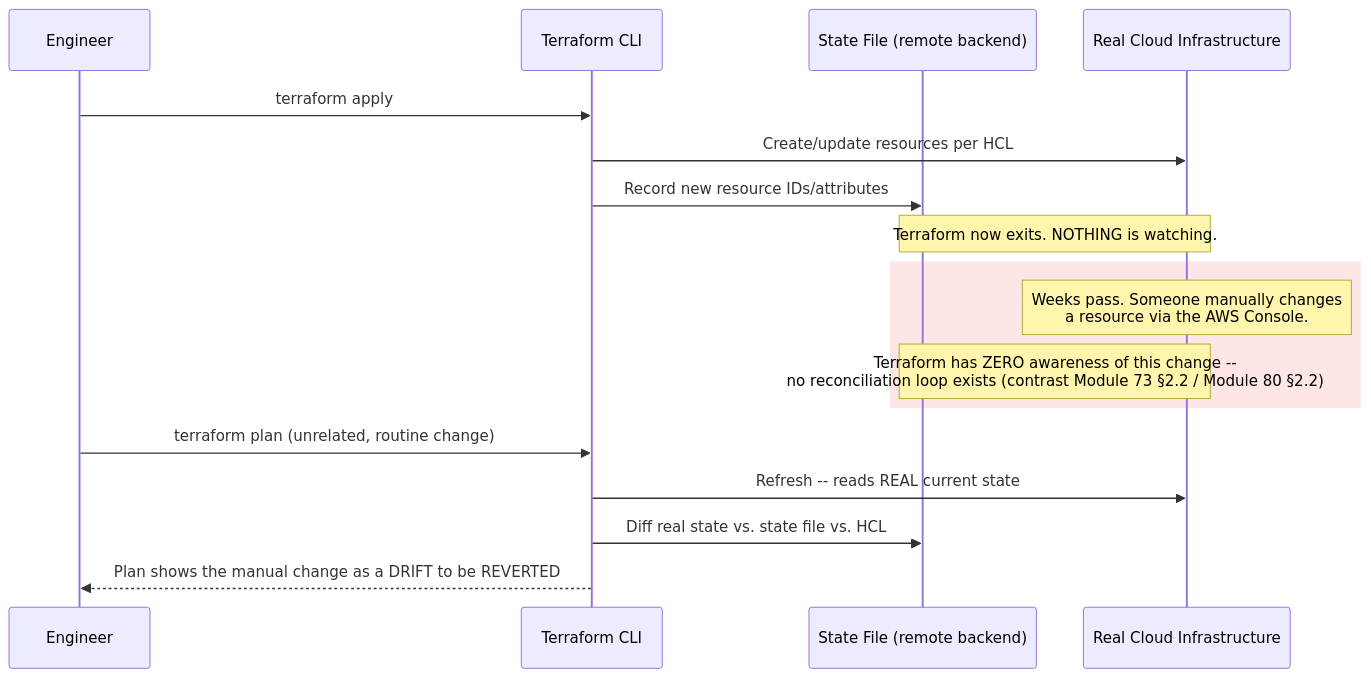
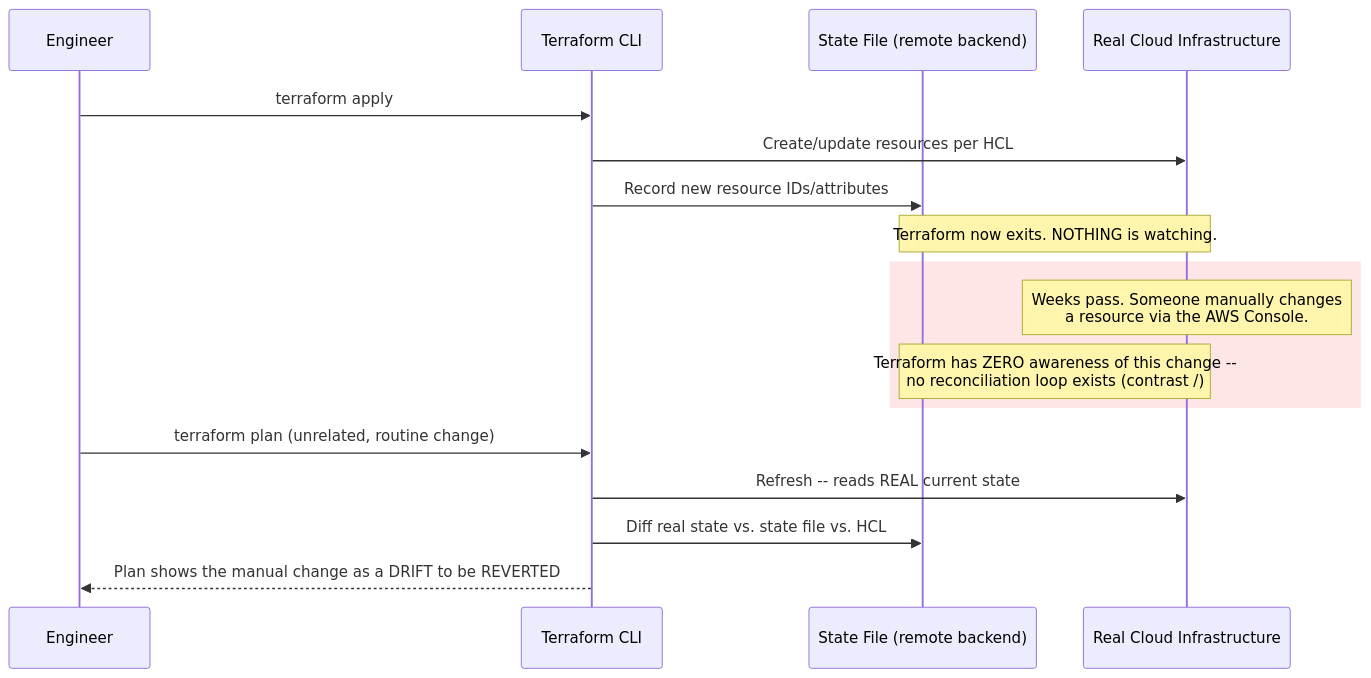
One commit to umashankarp/InterviewQuestions changed the first of 4 diagrams in 25-DevOps/01-InfrastructureAsCode-Terraform-State-Drift.md. Above: the diagram before and after it, drawn with Mermaid. The commit also changed other lines of this file and 173 other files, not shown here.

````diff
--- a/25-DevOps/01-InfrastructureAsCode-Terraform-State-Drift.md
+++ b/25-DevOps/01-InfrastructureAsCode-Terraform-State-Drift.md
@@ -54,22 +54,22 @@
 ```mermaid
 sequenceDiagram
-    participant Eng as Engineer
-    participant TF as Terraform CLI
-    participant State as State File (remote backend)
-    participant Cloud as Real Cloud Infrastructure
+ participant Eng as Engineer
+ participant TF as Terraform CLI
+ participant State as State File (remote backend)
+ participant Cloud as Real Cloud Infrastructure
 
-    Eng->>TF: terraform apply
-    TF->>Cloud: Create/update resources per HCL
-    TF->>State: Record new resource IDs/attributes
-    Note over Cloud,State: Terraform now exits. NOTHING is watching.
+ Eng->>TF: terraform apply
+ TF->>Cloud: Create/update resources per HCL
+ TF->>State: Record new resource IDs/attributes
+ Note over Cloud,State: Terraform now exits. NOTHING is watching.
 
-    rect rgb(255, 230, 230)
-    Note over Cloud: Weeks pass. Someone manually changes<br/>a resource via the AWS Console.
-    Note over Cloud,State: Terraform has ZERO awareness of this change --<br/>no reconciliation loop exists (contrast Module 73 §2.2 / Module 80 §2.2)
-    end
+ rect rgb(255, 230, 230)
+ Note over Cloud: Weeks pass. Someone manually changes<br/>a resource via the AWS Console.
+ Note over Cloud,State: Terraform has ZERO awareness of this change --<br/>no reconciliation loop exists (contrast /)
+ end
 
-    Eng->>TF: terraform plan (unrelated, routine change)
-    TF->>Cloud: Refresh -- reads REAL current state
-    TF->>State: Diff real state vs. state file vs. HCL
-    TF-->>Eng: Plan shows the manual change as a DRIFT to be REVERTED
+ Eng->>TF: terraform plan (unrelated, routine change)
+ TF->>Cloud: Refresh -- reads REAL current state
+ TF->>State: Diff real state vs. state file vs. HCL
+ TF-->>Eng: Plan shows the manual change as a DRIFT to be REVERTED
 ```
````
